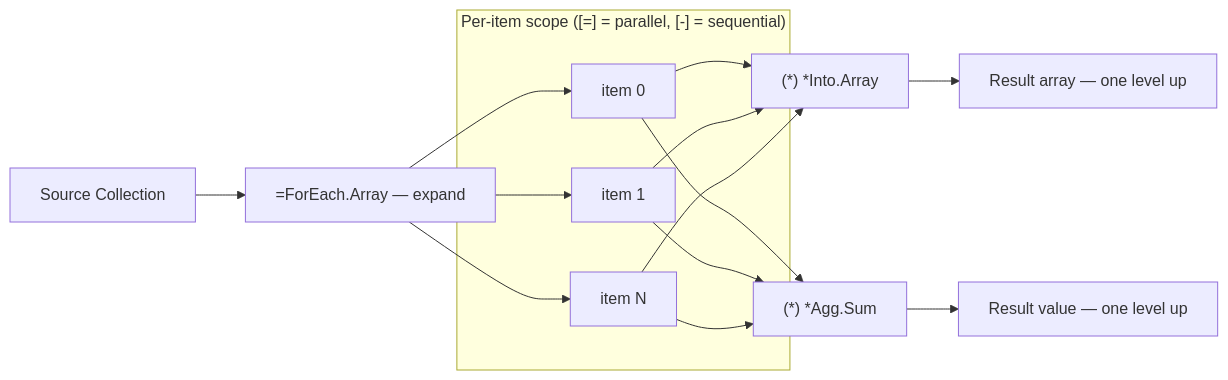
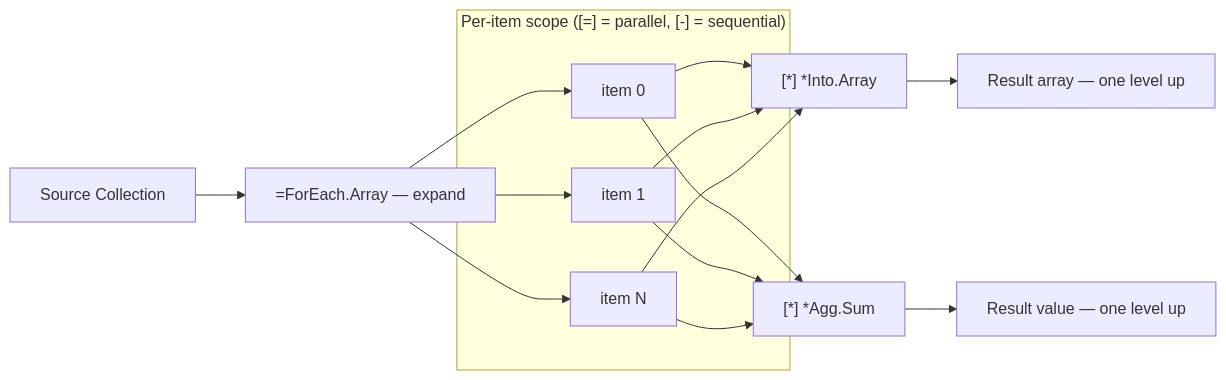
The first of 2 diagrams in docs/user/concepts/collections/collect.md (hasan-alj88/Polyglot), drawn with Mermaid before and after one commit. The commit also changed other lines of this file and 19 other files, not shown here.

````diff
--- a/docs/user/concepts/collections/collect.md
+++ b/docs/user/concepts/collections/collect.md
@@ -18,23 +18,23 @@
 ```mermaid
 flowchart LR
     SRC["Source Collection"]
     EXP["=ForEach.Array — expand"]
 
     subgraph scope ["Per-item scope ([=] = parallel, [-] = sequential)"]
         I1["item 0"]
         I2["item 1"]
         I3["item N"]
     end
 
-    C1["(*) *Into.Array"]
-    C2["(*) *Agg.Sum"]
+    C1["[*] *Into.Array"]
+    C2["[*] *Agg.Sum"]
     R1["Result array — one level up"]
     R2["Result value — one level up"]
 
     SRC --> EXP
     EXP --> I1
     EXP --> I2
     EXP --> I3
     I1 & I2 & I3 --> C1 --> R1
     I1 & I2 & I3 --> C2 --> R2
 ```
````
